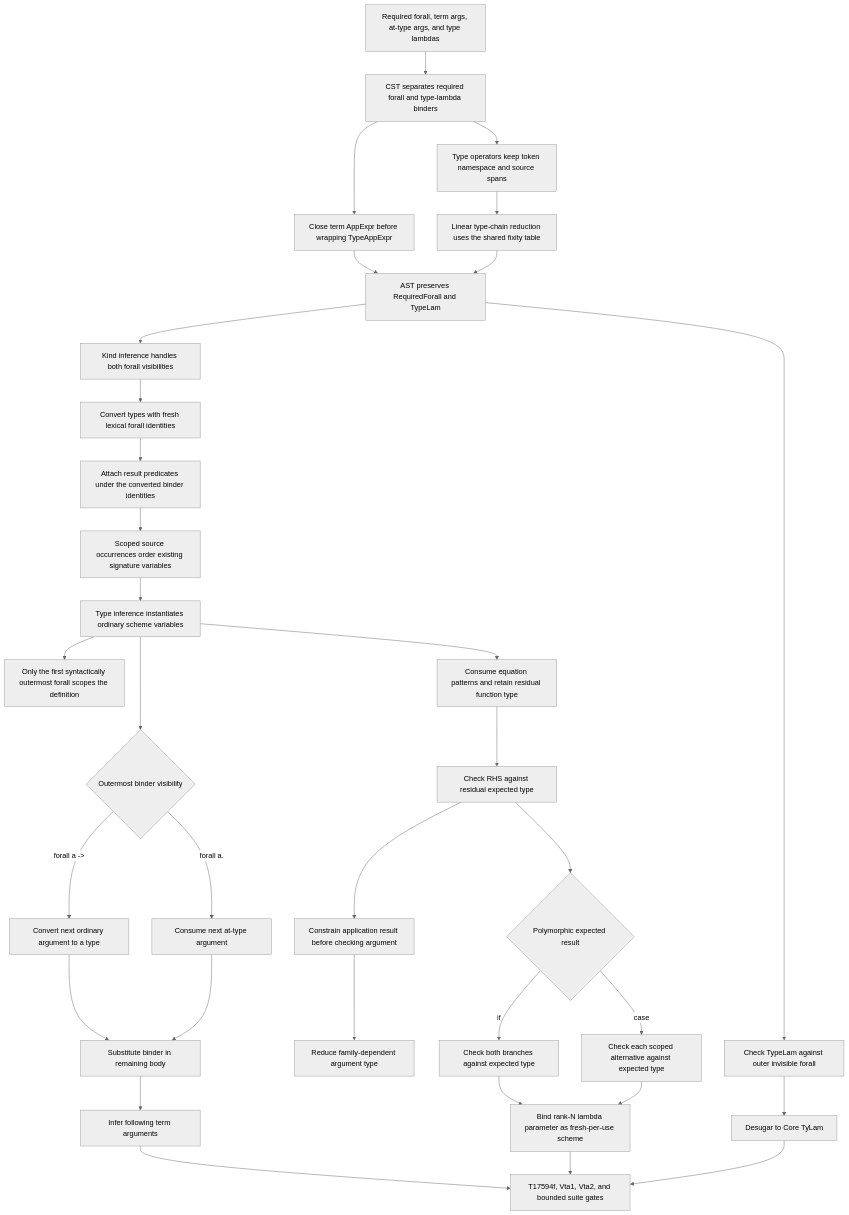
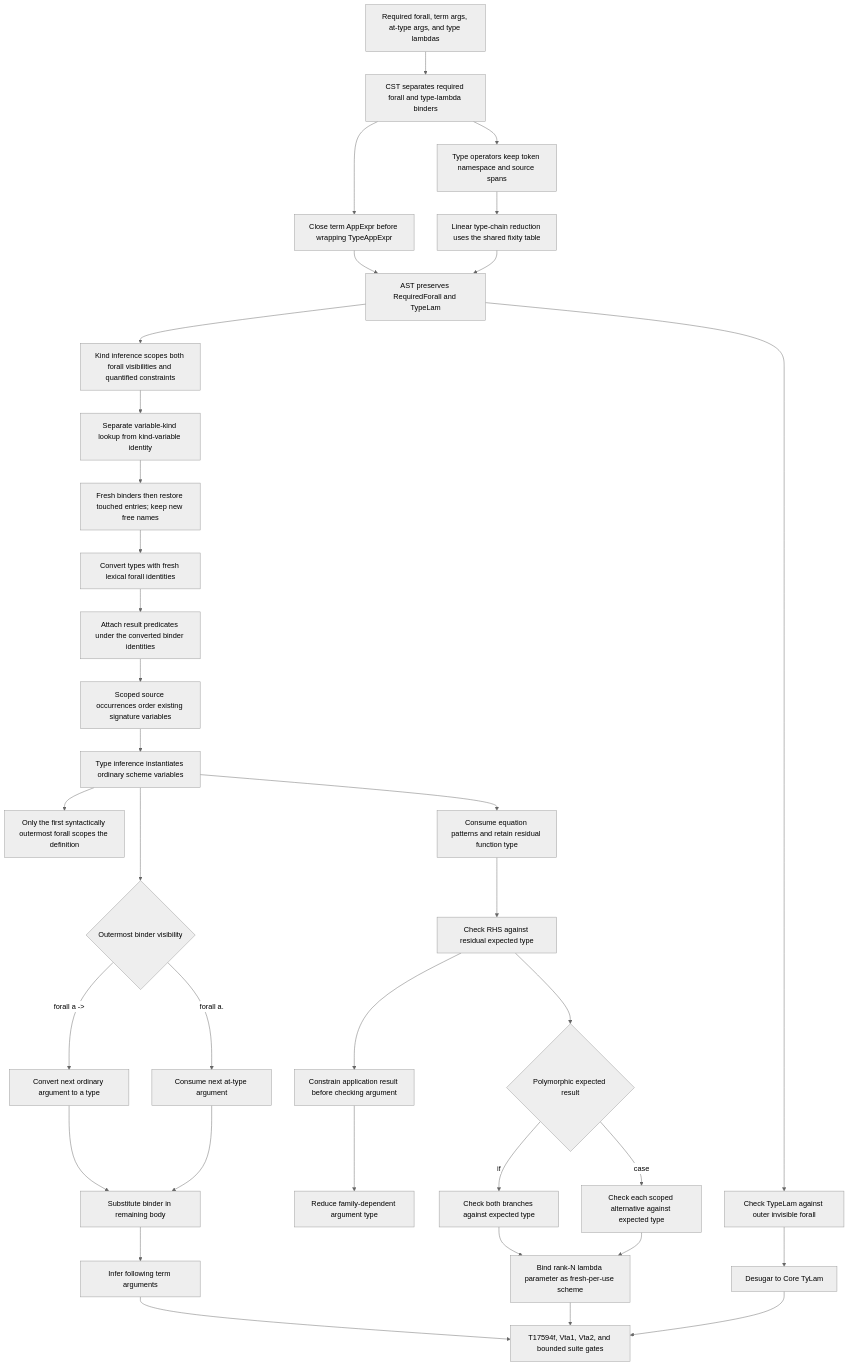
One commit to loveJesus/haskelujah-chirho changed the diagram in spec-chirho/workflows-chirho/language-features-chirho/rank-n-visible-type-application-chirho.md. Above: the diagram before and after it, drawn with Mermaid (neutral theme). The commit also changed other lines of this file and 6 other files, not shown here.

First line of the commit message:
fix(typing): scope quantified kind binders without leaking shadows

````diff
--- a/spec-chirho/workflows-chirho/language-features-chirho/rank-n-visible-type-application-chirho.md
+++ b/spec-chirho/workflows-chirho/language-features-chirho/rank-n-visible-type-application-chirho.md
@@ -6,36 +6,38 @@
 ```mermaid
 flowchart TD
     source_chirho[Required forall, term args, at-type args, and type lambdas]
     source_chirho --> cst_chirho[CST separates required forall and type-lambda binders]
     cst_chirho --> spine_chirho[Close term AppExpr before wrapping TypeAppExpr]
     spine_chirho --> ast_chirho[AST preserves RequiredForall and TypeLam]
     cst_chirho --> operators_chirho[Type operators keep token namespace and source spans]
     operators_chirho --> fixity_chirho[Linear type-chain reduction uses the shared fixity table]
     fixity_chirho --> ast_chirho
-    ast_chirho --> kind_chirho[Kind inference handles both forall visibilities]
-    kind_chirho --> conversion_chirho[Convert types with fresh lexical forall identities]
+    ast_chirho --> kind_chirho[Kind inference scopes both forall visibilities and quantified constraints]
+    kind_chirho --> kind_lookup_chirho[Separate variable-kind lookup from kind-variable identity]
+    kind_lookup_chirho --> kind_restore_chirho[Fresh binders then restore touched entries; keep new free names]
+    kind_restore_chirho --> conversion_chirho[Convert types with fresh lexical forall identities]
     conversion_chirho --> predicates_chirho[Attach result predicates under the converted binder identities]
     predicates_chirho --> inventory_chirho[Scoped source occurrences order existing signature variables]
     inventory_chirho --> scheme_chirho[Type inference instantiates ordinary scheme variables]
     scheme_chirho --> scope_chirho[Only the first syntactically outermost forall scopes the definition]
     scheme_chirho --> required_chirho{Outermost binder visibility}
     required_chirho -->|forall a ->| ordinary_arg_chirho[Convert next ordinary argument to a type]
     required_chirho -->|forall a.| visible_arg_chirho[Consume next at-type argument]
     ordinary_arg_chirho --> substitution_chirho[Substitute binder in remaining body]
     visible_arg_chirho --> substitution_chirho
     ast_chirho --> type_lambda_chirho[Check TypeLam against outer invisible forall]
     type_lambda_chirho --> core_chirho[Desugar to Core TyLam]
     substitution_chirho --> term_chirho[Infer following term arguments]
     scheme_chirho --> equation_chirho[Consume equation patterns and retain residual function type]
     equation_chirho --> expected_chirho[Check RHS against residual expected type]
     expected_chirho --> application_chirho[Constrain application result before checking argument]
     application_chirho --> family_chirho[Reduce family-dependent argument type]
     expected_chirho --> branch_chirho{Polymorphic expected result}
     branch_chirho -->|if| if_chirho[Check both branches against expected type]
     branch_chirho -->|case| case_chirho[Check each scoped alternative against expected type]
     if_chirho --> lambda_chirho[Bind rank-N lambda parameter as fresh-per-use scheme]
     case_chirho --> lambda_chirho
     lambda_chirho --> gates_chirho[T17594f, Vta1, Vta2, and bounded suite gates]
     core_chirho --> gates_chirho
     term_chirho --> gates_chirho
 ```
````
